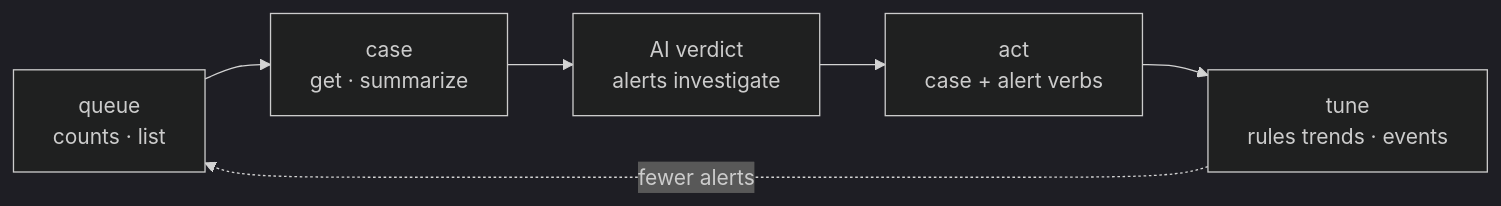
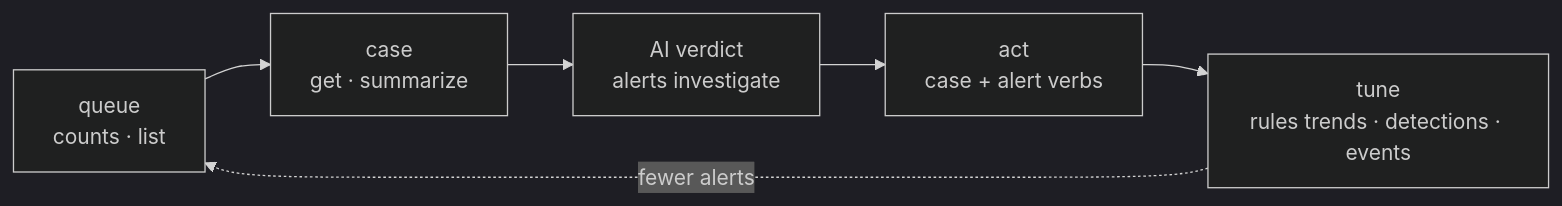
One commit to dannyota/secops changed the diagram in docs/guides/triage.md. Above: the diagram before and after it, drawn with Mermaid (dark theme). The commit also changed other lines of this file and 52 other files, not shown here.

````diff
--- a/docs/guides/triage.md
+++ b/docs/guides/triage.md
@@ -10,8 +10,8 @@
 ```mermaid
 flowchart LR
   queue["queue<br/>counts · list"] --> case["case<br/>get · summarize"]
   case --> ai["AI verdict<br/>alerts investigate"]
   ai --> act["act<br/>case + alert verbs"]
-  act --> tune["tune<br/>rules trends · events"]
+  act --> tune["tune<br/>rules trends · detections · events"]
   tune -. fewer alerts .-> queue
 ```
````
